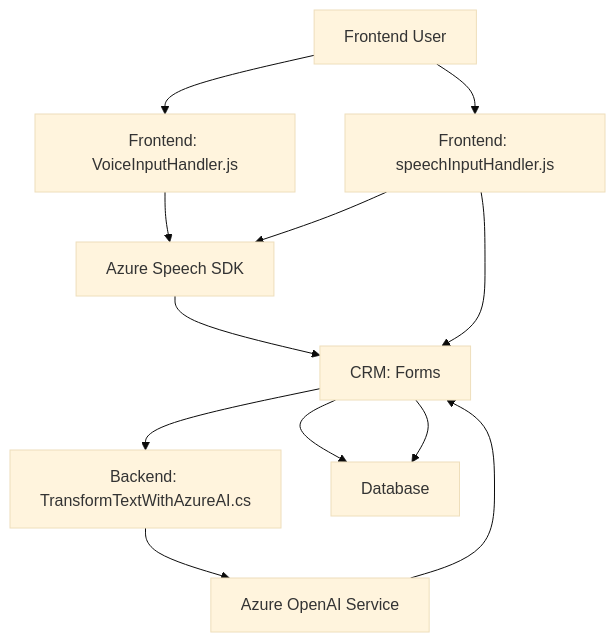
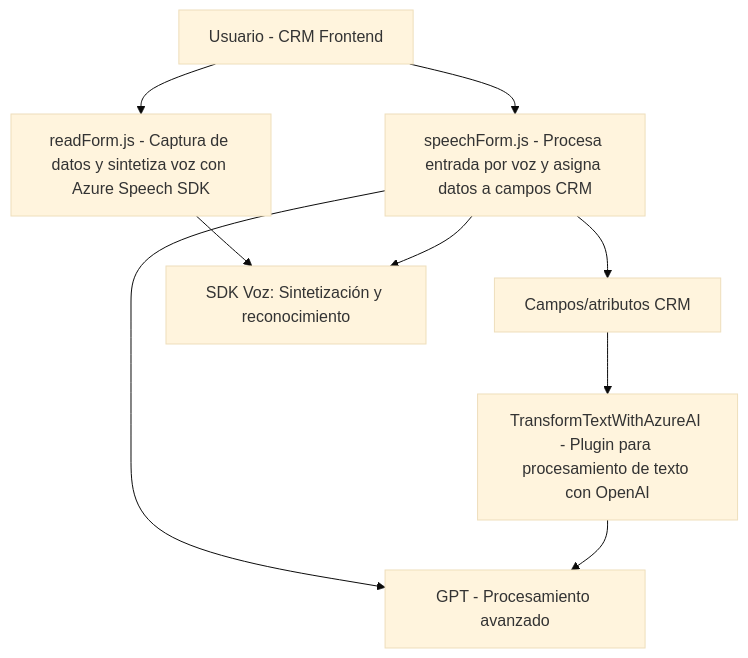
The diagram in README.md (blopezdm/NETCORE_BILBAO2025), drawn with Mermaid (base theme) before and after one commit. The commit also changed other lines of this file, not shown here.

Commit message:
Actualizar análisis global de la solución con IA

````diff
--- a/README.md
+++ b/README.md
@@ -39,22 +59,19 @@
 ```mermaid
 graph TD
-    A["Frontend: VoiceInputHandler.js"]
-    B["Frontend: speechInputHandler.js"]
-    C["Backend: TransformTextWithAzureAI.cs"]
-    D["Azure Speech SDK"]
-    E["Azure OpenAI Service"]
-    F["CRM: Dynamics Form Context"]
-    G["Database"]
-    H["Frontend User"]
-
-    H --> A --> D["Azure Speech SDK"]
-    D --> F["CRM: Forms"]
-    F --> G
-    B --> D
-    B --> F
-    F --> G
-    H --> B
-    F --> C
-    C --> E
-    E --> F
+    A["Usuario - CRM Frontend"]
+    B["readForm.js - Captura de datos y sintetiza voz con Azure Speech SDK"]
+    C["speechForm.js - Procesa entrada por voz y asigna datos a campos CRM"]
+    D["Dynamics CRM: Entidades y Formulario"]
+    E["TransformTextWithAzureAI - Plugin para procesamiento de texto con OpenAI"]
+    F["Azure Speech SDK"]
+    G["Azure OpenAI API (GPT-4o)"]
+    
+    A --> B
+    B --> F["SDK Voz: Sintetización y reconocimiento"] 
+    A --> C
+    C --> D["Campos/atributos CRM"]
+    C --> F
+    C --> G
+    D --> E
+    E --> G["GPT - Procesamiento avanzado"]
 ```
````
